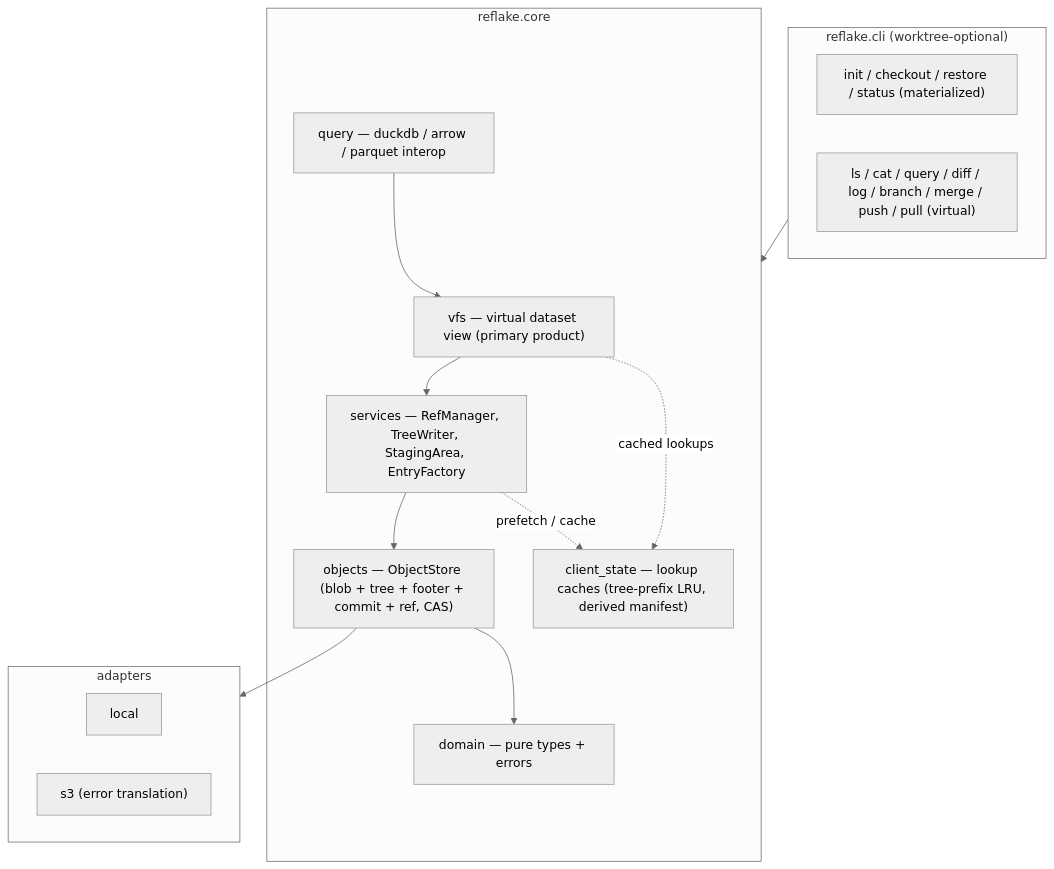
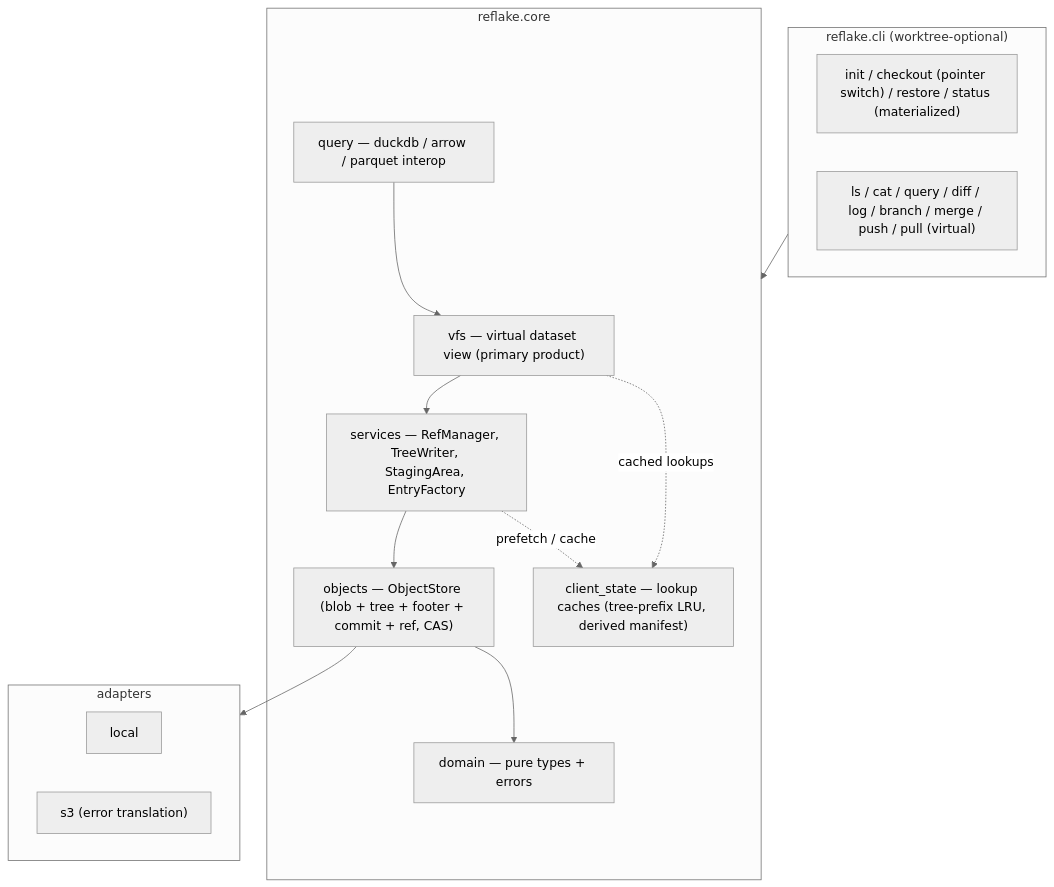
Before and after one commit to londogard/reflake: the first of 3 diagrams in docs/architecture.md, drawn with Mermaid (neutral theme). The commit also changed other lines of this file and 60 other files, not shown here.

````diff
--- a/docs/architecture.md
+++ b/docs/architecture.md
@@ -74,27 +86,27 @@
 ```mermaid
 flowchart TB
     subgraph cli["reflake.cli (worktree-optional)"]
-        Init["init / checkout / restore / status (materialized)"]
+        Init["init / checkout (pointer switch) / restore / status (materialized)"]
         Virt["ls / cat / query / diff / log / branch / merge / push / pull (virtual)"]
     end
     subgraph core["reflake.core"]
         VFS["vfs — virtual dataset view (primary product)"]
         QRY["query — duckdb / arrow / parquet interop"]
         SRV["services — RefManager, TreeWriter, StagingArea, EntryFactory"]
         OBJ["objects — ObjectStore (blob + tree + footer + commit + ref, CAS)"]
         DOM["domain — pure types + errors"]
         LKP["client_state — lookup caches (tree-prefix LRU, derived manifest)"]
     end
     subgraph adapters["adapters"]
         LOCAL["local"]
         S3["s3 (error translation)"]
     end
     cli --> core
     VFS --> SRV
     QRY --> VFS
     SRV --> OBJ
     OBJ --> DOM
     OBJ --> adapters
     SRV -. prefetch / cache .-> LKP
     VFS -. cached lookups .-> LKP
 ```
````
